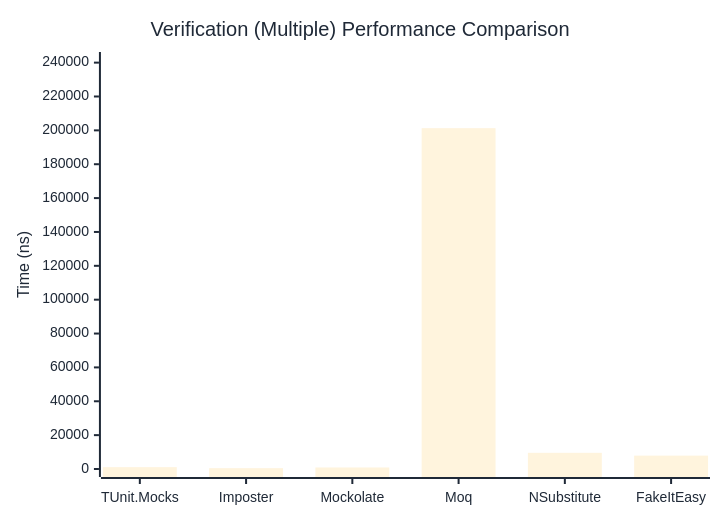
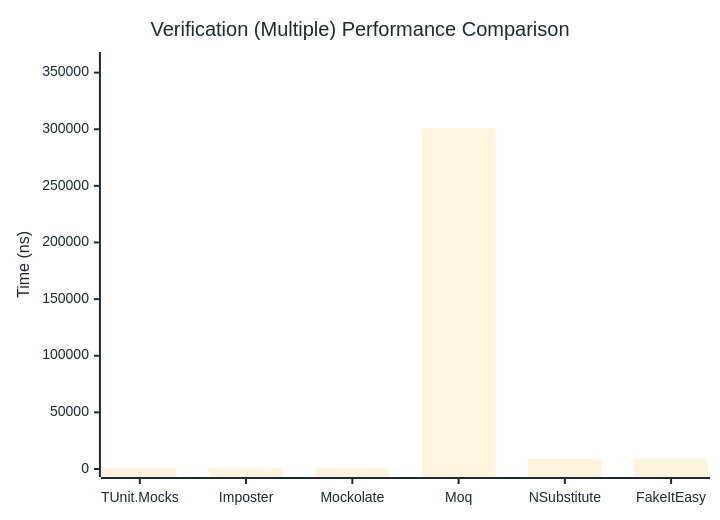
One commit to thomhurst/TUnit changed the third of 3 diagrams in docs/docs/benchmarks/mocks/Verification.md. Above: the diagram before and after it, drawn with Mermaid. The commit also changed other lines of this file and 14 other files, not shown here.

````diff
--- a/docs/docs/benchmarks/mocks/Verification.md
+++ b/docs/docs/benchmarks/mocks/Verification.md
@@ -112,27 +112,27 @@
 ```mermaid
 %%{init: {
   'theme':'base',
   'themeVariables': {
     'primaryColor': '#2563eb',
     'primaryTextColor': '#1f2937',
     'primaryBorderColor': '#1e40af',
     'lineColor': '#6b7280',
     'secondaryColor': '#7c3aed',
     'tertiaryColor': '#dc2626',
     'background': '#ffffff',
     'pie1': '#2563eb',
     'pie2': '#7c3aed',
     'pie3': '#dc2626',
     'pie4': '#f59e0b',
     'pie5': '#10b981',
     'pie6': '#06b6d4',
     'pie7': '#ec4899',
     'pie8': '#6366f1'
   }
 }}%%
 xychart-beta
   title "Verification (Multiple) Performance Comparison"
   x-axis ["TUnit.Mocks", "Imposter", "Mockolate", "Moq", "NSubstitute", "FakeItEasy"]
-  y-axis "Time (ns)" 0 --> 241553
-  bar [1093.63, 490.46, 899.58, 201293.94, 9559.91, 7907.24]
+  y-axis "Time (ns)" 0 --> 361129
+  bar [1062.85, 479.49, 928.29, 300940.04, 9187.11, 9104.57]
 ```
````
